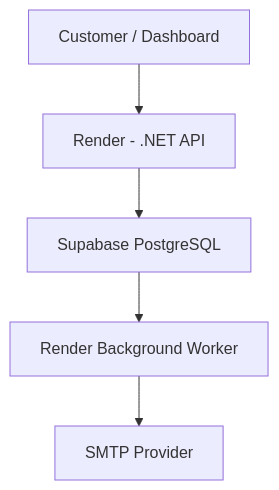
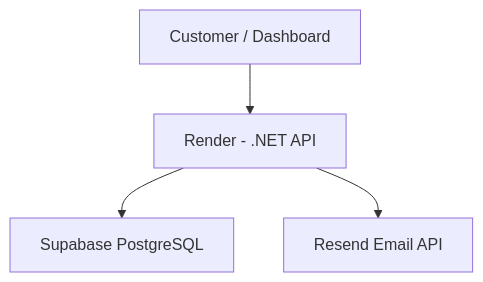
The diagram in docs/architecture.md (rajeevp727/TriSend), drawn with Mermaid before and after one commit. The commit also changed other lines of this file, not shown here.

Commit message:
Update architecture for Resend

````diff
--- a/docs/architecture.md
+++ b/docs/architecture.md
@@ -3,7 +3,6 @@
 ```mermaid
 graph TD
     C[Customer / Dashboard] --> API[Render - .NET API]
     API --> DB[Supabase PostgreSQL]
-    DB --> W[Render Background Worker]
-    W --> SMTP[SMTP Provider]
+    API --> R[Resend Email API]
 ```
````
